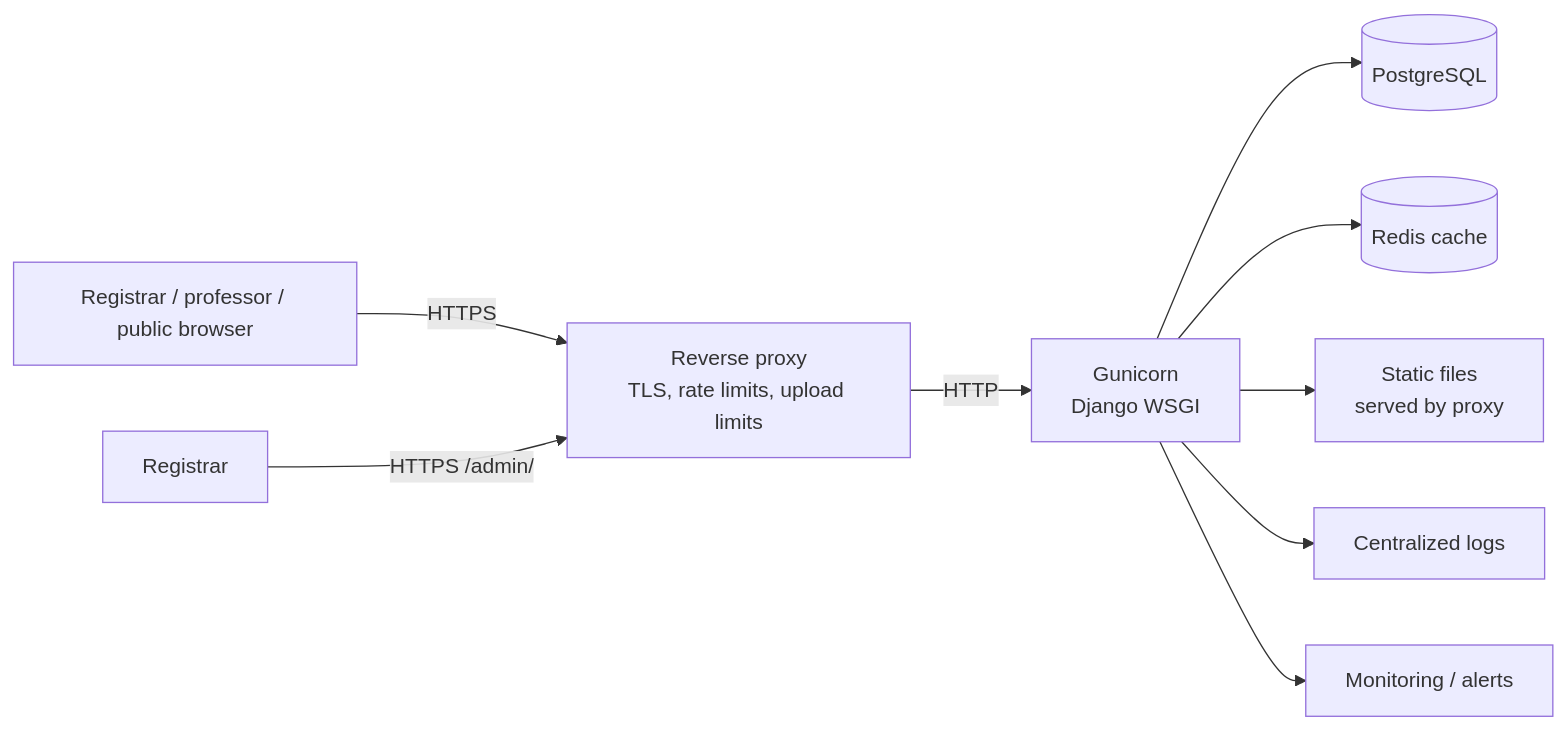
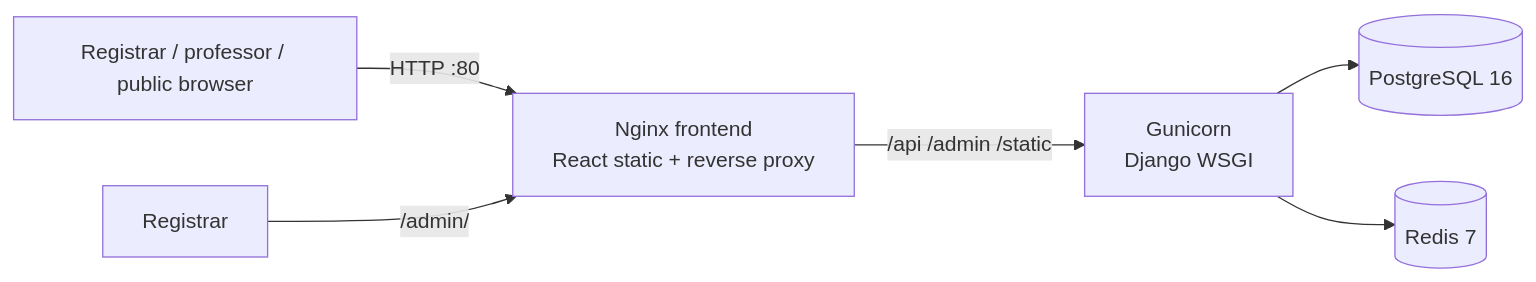
One commit to rkenbperez/Schedule-System changed the diagram in docs/deployment.md. Above: the diagram before and after it, drawn with Mermaid. The commit also changed other lines of this file and 12 other files, not shown here.

First line of the commit message:
feat: production Docker stack with Postgres, Redis, Gunicorn, and Nginx

````diff
--- a/docs/deployment.md
+++ b/docs/deployment.md
@@ -50,11 +9,8 @@
 ```mermaid
 flowchart LR
-    Browser[Registrar / professor / public browser] -->|HTTPS| Proxy[Reverse proxy<br/>TLS, rate limits, upload limits]
-    Proxy -->|HTTP| App[Gunicorn<br/>Django WSGI]
-    App --> DB[(PostgreSQL)]
-    App --> Cache[(Redis cache)]
-    App --> Static[Static files<br/>served by proxy]
-    App --> Logs[Centralized logs]
-    App --> Monitor[Monitoring / alerts]
-    Admin[Registrar] -->|HTTPS /admin/| Proxy
+    Browser[Registrar / professor / public browser] -->|HTTP :80| FE[Nginx frontend<br/>React static + reverse proxy]
+    FE -->|/api /admin /static| BE[Gunicorn<br/>Django WSGI]
+    BE --> DB[(PostgreSQL 16)]
+    BE --> Cache[(Redis 7)]
+    Admin[Registrar] -->|/admin/| FE
 ```
````
